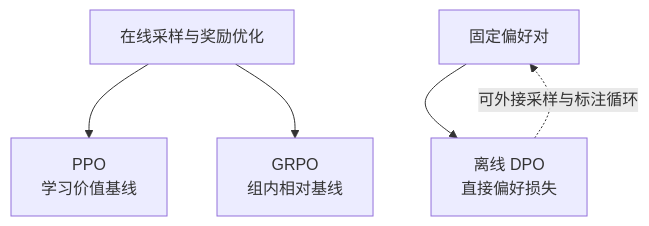
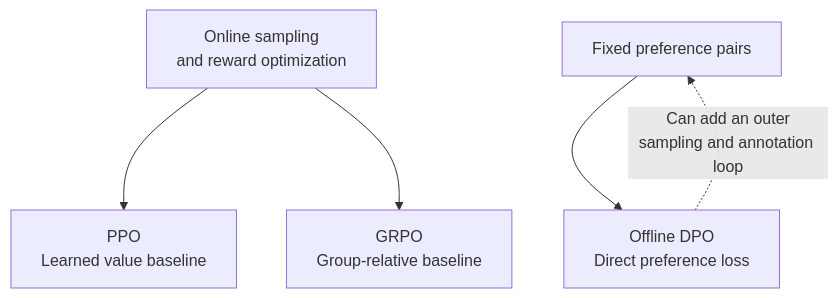
One commit to oneleaveknowsthefall/awesome-ai-roadmap changed the second of 2 diagrams in docs/llm/02-training-alignment/11-dpo-vs-ppo.md. Above: the diagram before and after it, drawn with Mermaid. The commit also changed other lines of this file and 92 other files, not shown here.

````diff
--- a/docs/llm/02-training-alignment/11-dpo-vs-ppo.md
+++ b/docs/llm/02-training-alignment/11-dpo-vs-ppo.md
@@ -232,7 +232,7 @@
 ```mermaid
 flowchart TB
-    ONLINE["在线采样与奖励优化"] --> PPO["PPO<br/>学习价值基线"]
-    ONLINE --> GRPO["GRPO<br/>组内相对基线"]
-    OFFLINE["固定偏好对"] --> DPO["离线 DPO<br/>直接偏好损失"]
-    DPO -.->|可外接采样与标注循环| OFFLINE
+    ONLINE["Online sampling<br/>and reward optimization"] --> PPO["PPO<br/>Learned value baseline"]
+    ONLINE --> GRPO["GRPO<br/>Group-relative baseline"]
+    OFFLINE["Fixed preference pairs"] --> DPO["Offline DPO<br/>Direct preference loss"]
+    DPO -.->|Can add an outer<br/>sampling and annotation loop| OFFLINE
 ```
````
